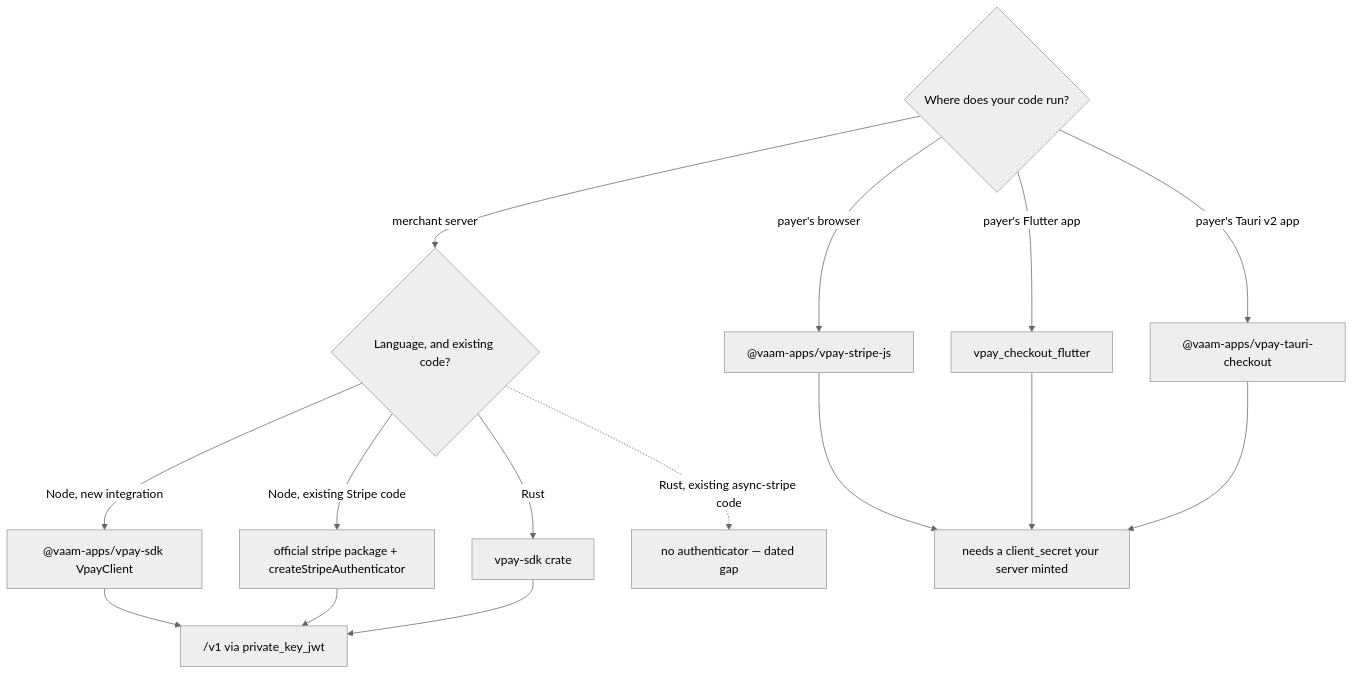
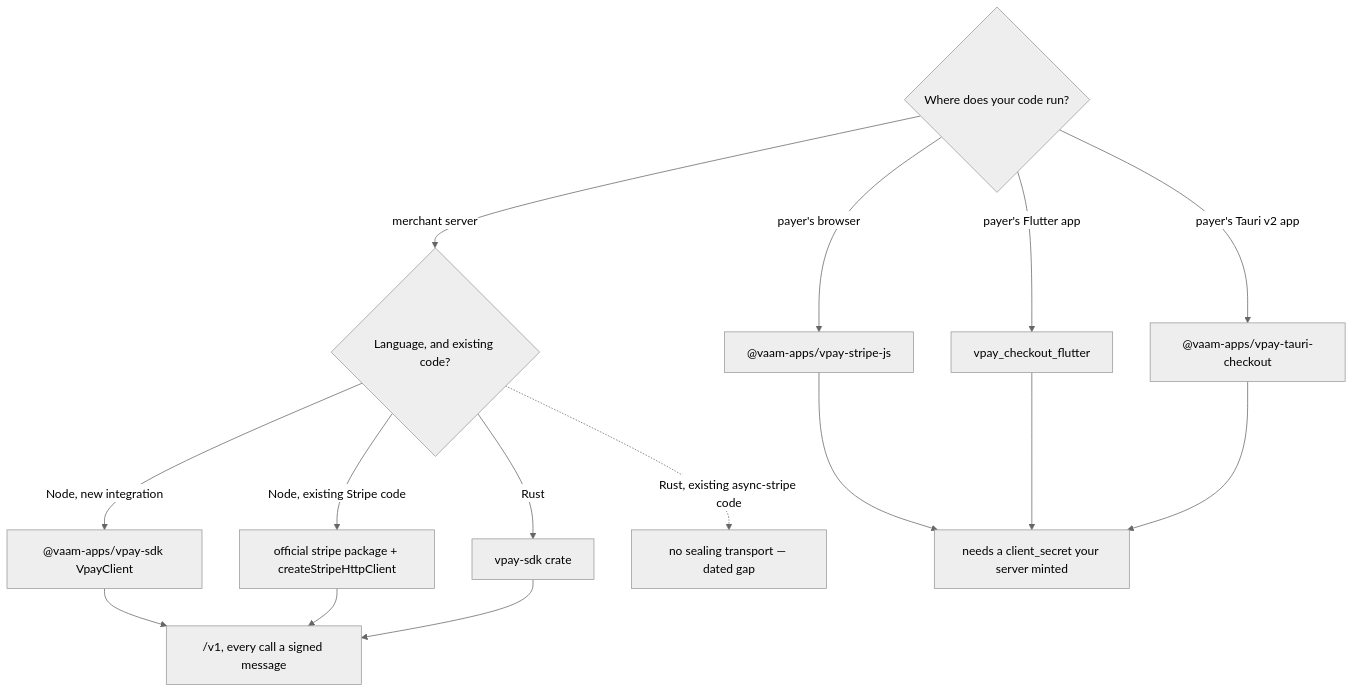
Before and after one commit to vaam-apps/vpay-docs: the first of 2 diagrams in docs/sdks/index.md, drawn with Mermaid (neutral theme). The commit also changed other lines of this file and 29 other files, not shown here.

````diff
--- a/docs/sdks/index.md
+++ b/docs/sdks/index.md
@@ -60,18 +61,18 @@
 ```mermaid
 flowchart TD
   Q{"Where does your code run?"}
   Q -->|"merchant server"| M{"Language, and existing code?"}
   Q -->|"payer's browser"| SJ["@vaam-apps/vpay-stripe-js"]
   Q -->|"payer's Flutter app"| FL["vpay_checkout_flutter"]
   Q -->|"payer's Tauri v2 app"| TA["@vaam-apps/vpay-tauri-checkout"]
   M -->|"Node, new integration"| N["@vaam-apps/vpay-sdk VpayClient"]
-  M -->|"Node, existing Stripe code"| SN["official stripe package + createStripeAuthenticator"]
+  M -->|"Node, existing Stripe code"| SN["official stripe package + createStripeHttpClient"]
   M -->|"Rust"| R["vpay-sdk crate"]
-  M -.->|"Rust, existing async-stripe code"| AS["no authenticator — dated gap"]
+  M -.->|"Rust, existing async-stripe code"| AS["no sealing transport — dated gap"]
   SJ --> CS["needs a client_secret your server minted"]
   FL --> CS
   TA --> CS
-  N --> V1["/v1 via private_key_jwt"]
+  N --> V1["/v1, every call a signed message"]
   SN --> V1
   R --> V1
 ```
````
